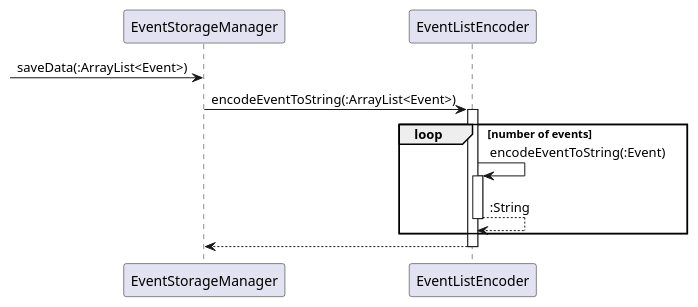
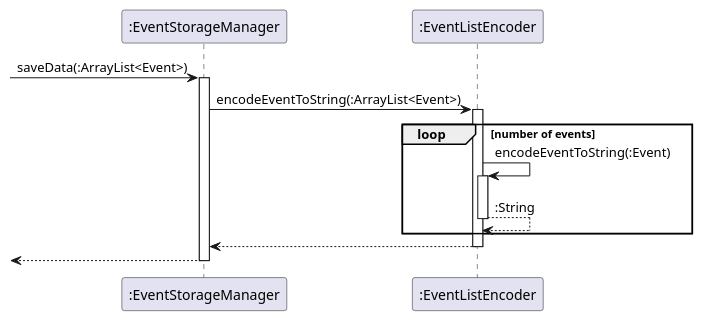
The diagram in docs/plantuml/EventStorageSaveSequence.puml (untitle4/tp), drawn with PlantUML before and after one commit.

```diff
--- a/docs/plantuml/EventStorageSaveSequence.puml
+++ b/docs/plantuml/EventStorageSaveSequence.puml
@@ -1,18 +1,20 @@
 @startuml
 
--> EventStorageManager : saveData(:ArrayList<Event>)
-
-EventStorageManager -> EventListEncoder : encodeEventToString(:ArrayList<Event>)
-activate EventListEncoder
+-> ":EventStorageManager" : saveData(:ArrayList<Event>)
+activate ":EventStorageManager"
+":EventStorageManager" -> ":EventListEncoder" : encodeEventToString(:ArrayList<Event>)
+activate ":EventListEncoder"
 
 loop number of events
-EventListEncoder -> EventListEncoder : encodeEventToString(:Event)
-activate EventListEncoder
-EventListEncoder --> EventListEncoder : :String
-deactivate EventListEncoder
+":EventListEncoder" -> ":EventListEncoder" : encodeEventToString(:Event)
+activate ":EventListEncoder"
+":EventListEncoder" --> ":EventListEncoder" : :String
+deactivate ":EventListEncoder"
 end loop
 
-EventListEncoder --> EventStorageManager
-deactivate EventListEncoder
+":EventListEncoder" --> ":EventStorageManager"
+deactivate ":EventListEncoder"
+<-- ":EventStorageManager"
+deactivate ":EventStorageManager"
 
 @enduml
```
